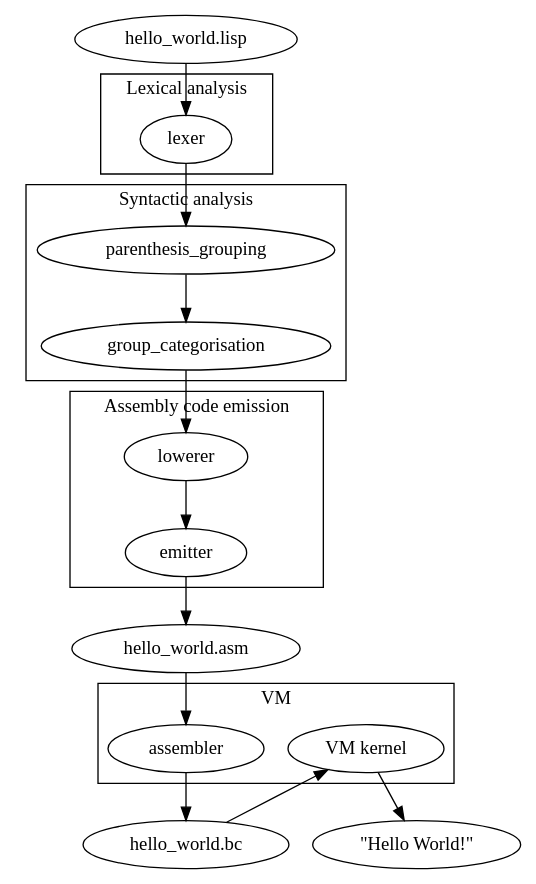
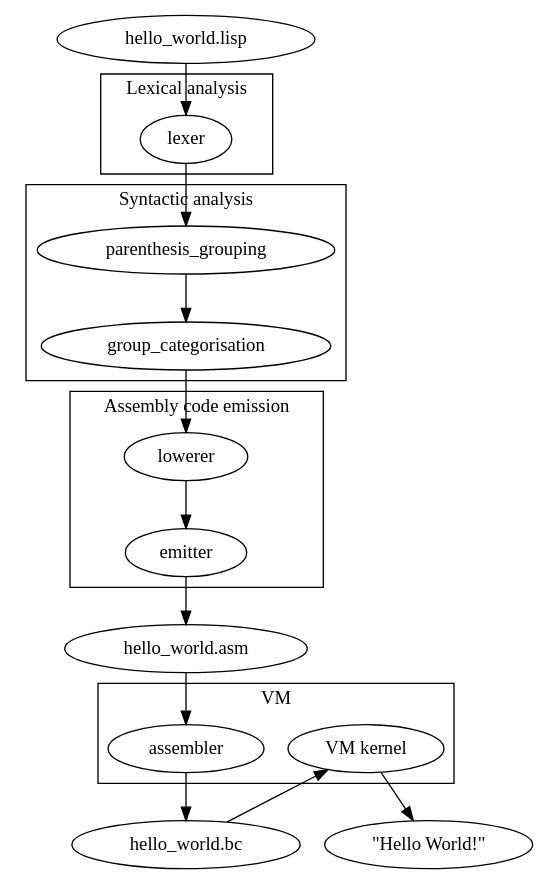
Before and after one commit to marekjm/inzynierka: the diagram in fig/viuact-pipeline.dot, drawn with Graphviz.

Commit message:
Czcionki "monospace" w nazwach plików na diagramach
Lepiej to wygląda.

```diff
--- a/fig/viuact-pipeline.dot
+++ b/fig/viuact-pipeline.dot
@@ -1,34 +1,38 @@
 digraph {
     subgraph cluster_1 {
         label="Lexical analysis";
         lexer;
     }
 
     subgraph cluster_2 {
         label="Syntactic analysis";
         parenthesis_grouping; group_categorisation;
     }
 
     subgraph cluster_3 {
         label="Assembly code emission";
         lowerer;
         emitter;
     }
 
     subgraph cluster_4 {
         label="VM";
         assembler;
         "VM kernel";
     }
 
     "hello_world.lisp" -> lexer;
     lexer -> parenthesis_grouping;
     parenthesis_grouping -> group_categorisation;
     group_categorisation -> lowerer;
     lowerer -> emitter;
     emitter -> "hello_world.asm";
     "hello_world.asm" -> assembler;
     assembler -> "hello_world.bc";
     "hello_world.bc" -> "VM kernel";
     "VM kernel" -> "\"Hello World!\"";
+
+    "hello_world.lisp" [fontname="DejaVuSansMono"];
+    "hello_world.asm" [fontname="DejaVuSansMono"];
+    "hello_world.bc" [fontname="DejaVuSansMono"];
 }
```
